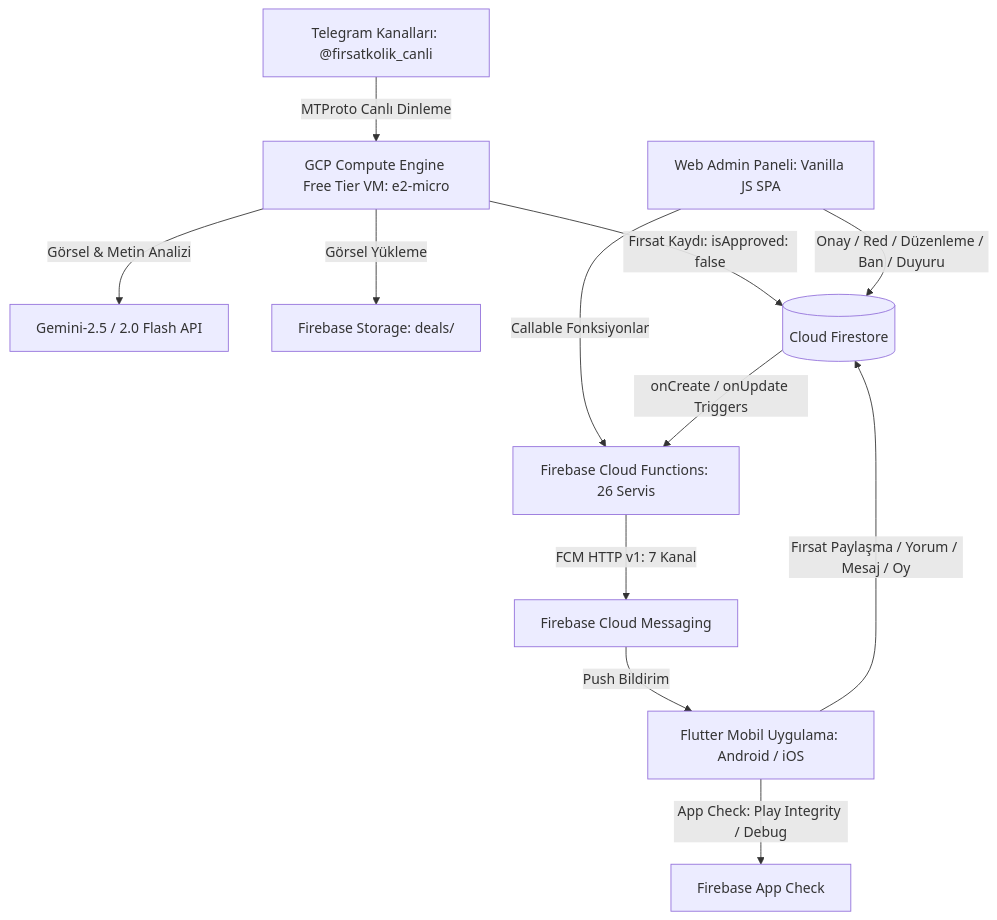
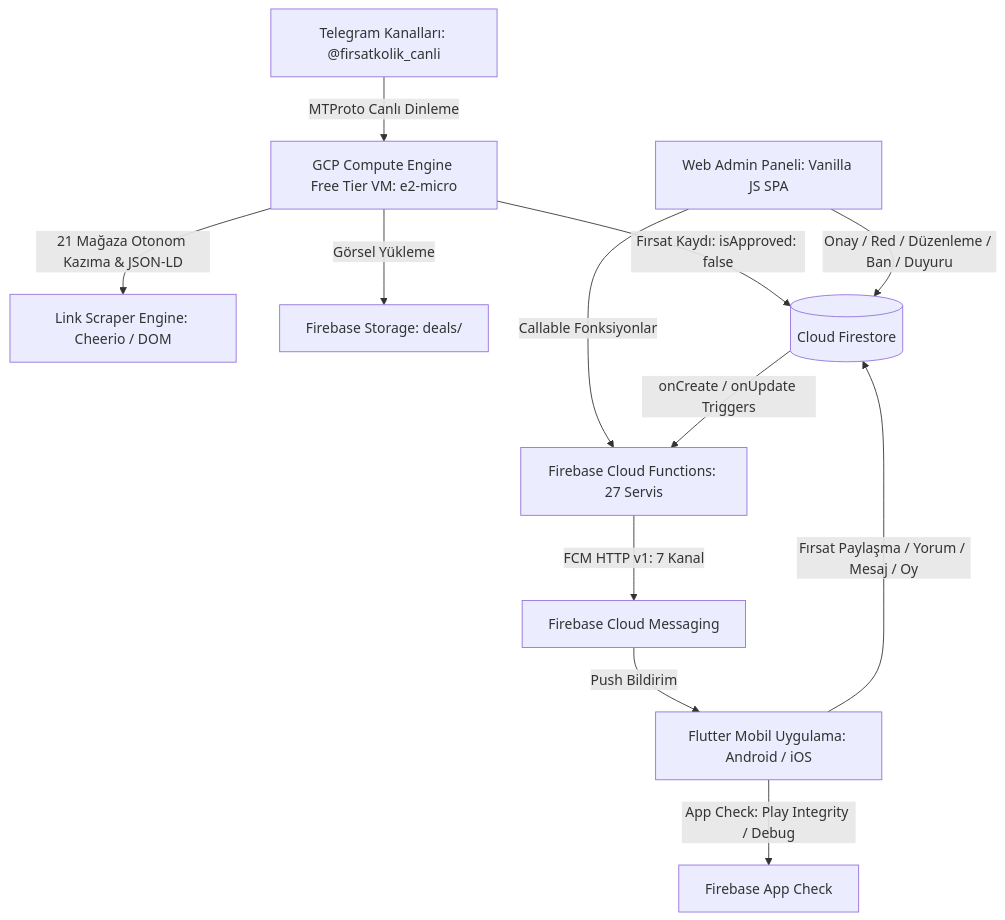
One commit to gky61/s-cak-f-rsatlar changed the diagram in documentation/mimari-ve-sistem/mimari_ve_sistem_rehberi.md. Above: the diagram before and after it, drawn with Mermaid. The commit also changed 35 other files, not shown here.

Commit message:
refactor: otonom kazima motoruna gecis, gemini ve olu kodlarin temizligi, bildirim yonlendirme iyilestirmeleri ve gitignore optimizasyonu

````diff
--- a/documentation/mimari-ve-sistem/mimari_ve_sistem_rehberi.md
+++ b/documentation/mimari-ve-sistem/mimari_ve_sistem_rehberi.md
@@ -32,21 +32,21 @@
 ```mermaid
 graph TD
     %% Giriş Noktaları
     Telegram[Telegram Kanalları: @firsatkolik_canli] -->|MTProto Canlı Dinleme| BotVM[GCP Compute Engine Free Tier VM: e2-micro]
-    BotVM -->|Görsel & Metin Analizi| Gemini[Gemini-2.5 / 2.0 Flash API]
+    BotVM -->|21 Mağaza Otonom Kazıma & JSON-LD| LinkScraper[Link Scraper Engine: Cheerio / DOM]
     BotVM -->|Görsel Yükleme| Storage[Firebase Storage: deals/]
     BotVM -->|Fırsat Kaydı: isApproved: false| Firestore[(Cloud Firestore)]
     
     %% Mobil İstemci
     Client[Flutter Mobil Uygulama: Android / iOS] -->|Fırsat Paylaşma / Yorum / Mesaj / Oy| Firestore
     Client -->|App Check: Play Integrity / Debug| AppCheck[Firebase App Check]
     
     %% Web Admin Paneli
     WebAdmin[Web Admin Paneli: Vanilla JS SPA] -->|Onay / Red / Düzenleme / Ban / Duyuru| Firestore
-    WebAdmin -->|Callable Fonksiyonlar| CloudFunctions[Firebase Cloud Functions: 26 Servis]
+    WebAdmin -->|Callable Fonksiyonlar| CloudFunctions[Firebase Cloud Functions: 27 Servis]
     
     %% Backend & Push
     Firestore -->|onCreate / onUpdate Triggers| CloudFunctions
     CloudFunctions -->|FCM HTTP v1: 7 Kanal| FCM[Firebase Cloud Messaging]
     FCM -->|Push Bildirim| Client
 ```
````
